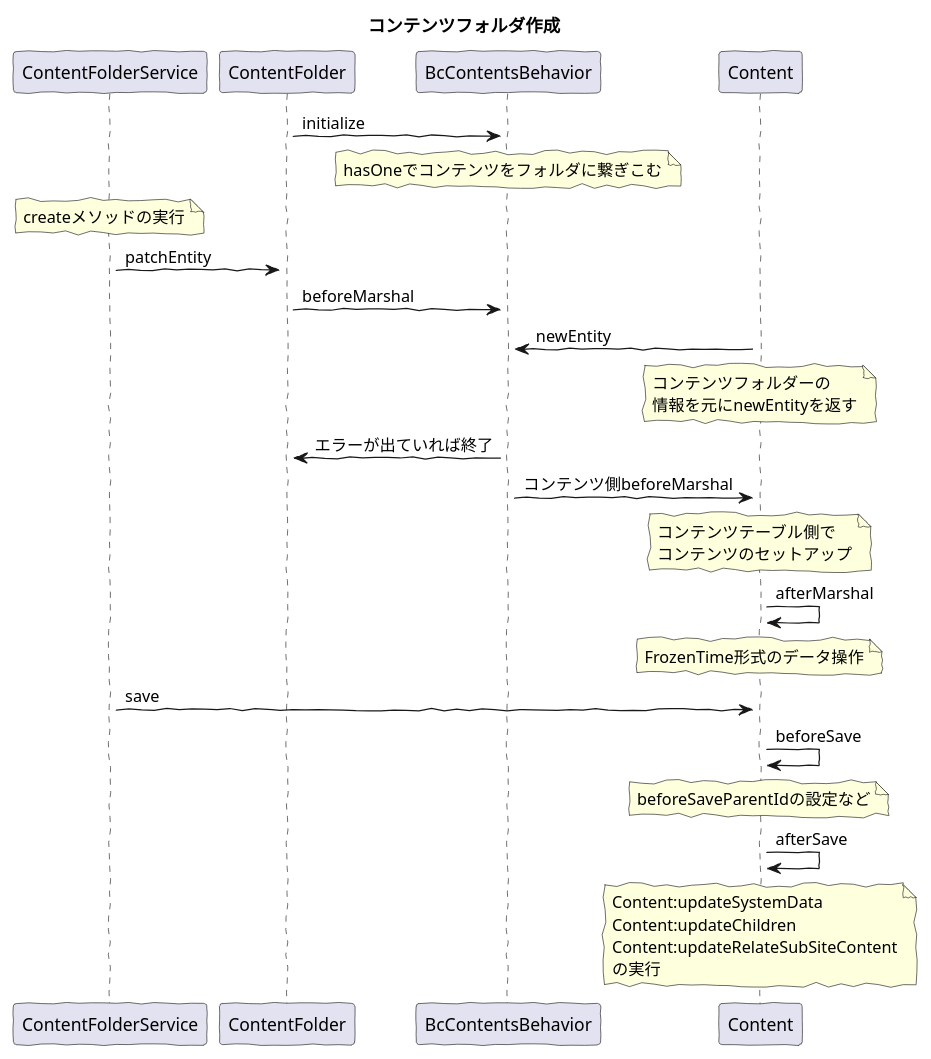
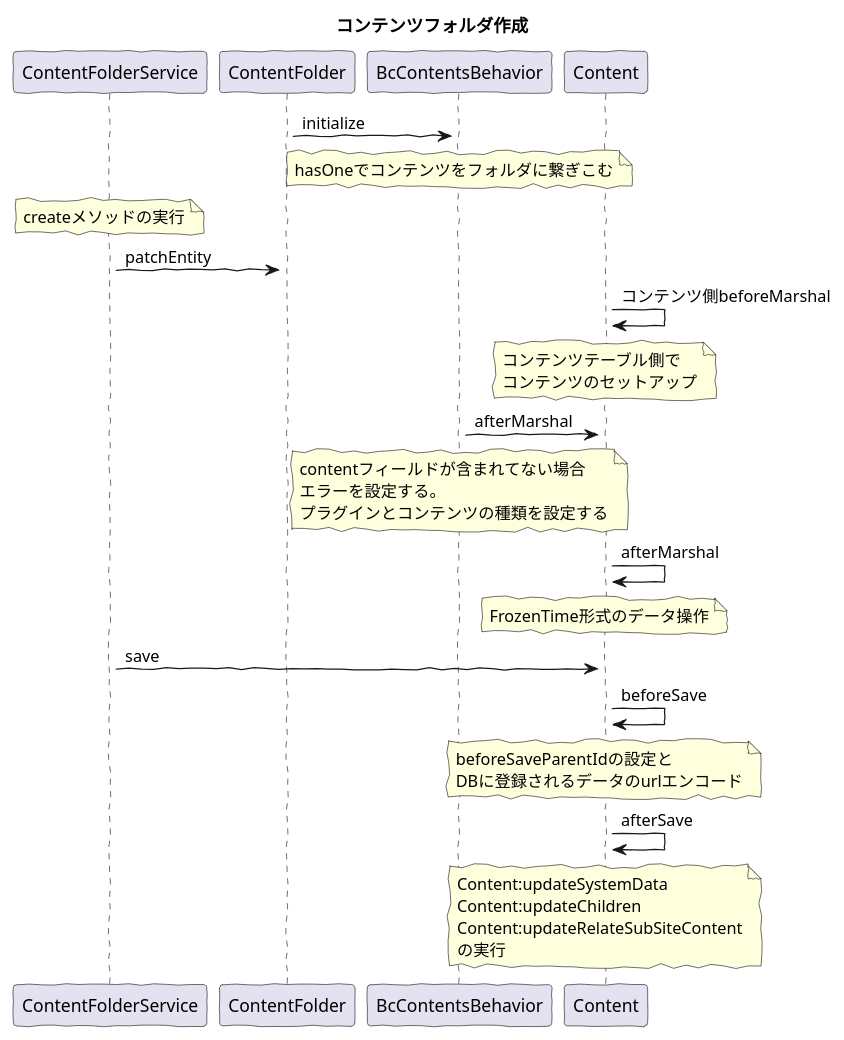
The diagram in src/puml/5/ucmitz/svg/sequence/contents_create.puml (baserproject/baserproject.github.io), drawn with PlantUML before and after one commit. The commit also changed 4 other files, not shown here.

```diff
--- a/src/puml/5/ucmitz/svg/sequence/contents_create.puml
+++ b/src/puml/5/ucmitz/svg/sequence/contents_create.puml
@@ -1,71 +1,63 @@
 @startuml
 skinparam handwritten true
 skinparam backgroundColor white
 
 title コンテンツフォルダ作成
 
 participant "ContentFolderService" as Service
 participant "ContentFolder" as Folder
 participant "BcContentsBehavior" as Behavior
 participant "Content" as Content
 
 activate Service
 activate Folder
 activate Behavior
 activate Content
 
 Folder -> Behavior : initialize
 note over Behavior
 hasOneでコンテンツをフォルダに繋ぎこむ
 endnote
 
 note over Service
 createメソッドの実行
 endnote
 
 Service -> Folder : patchEntity
 
-Folder -> Behavior : beforeMarshal																										
-note over Behavior
-' ・コンテンツの初期化
-' ・コンテンツのバリデーション
-' ・バリデーション結果のマージ
-' ・バリデーション後のコンテンツのマージ
-' ・コンテンツのバリデーションチェック
-' ・エラーが出ていれば終了
-endnote
 
-Behavior <- Content: newEntity
-note over Content
-コンテンツフォルダーの
-情報を元にnewEntityを返す
-endnote
-
-Folder <- Behavior : エラーが出ていれば終了
-
-Behavior -> Content: コンテンツ側beforeMarshal
+Content -> Content: コンテンツ側beforeMarshal
 note over Content
 コンテンツテーブル側で
 コンテンツのセットアップ
 endnote
+
+Behavior -> Content : afterMarshal
+note over Behavior
+contentフィールドが含まれてない場合
+エラーを設定する。
+プラグインとコンテンツの種類を設定する
+endnote
+
 
 Content -> Content : afterMarshal
 note over Content
 FrozenTime形式のデータ操作
 endnote
 
 Service -> Content : save
 
 Content -> Content : beforeSave
 note over Content
-beforeSaveParentIdの設定など
+beforeSaveParentIdの設定と
+DBに登録されるデータのurlエンコード
 endnote
 
 Content -> Content : afterSave
 note over Content
 Content:updateSystemData
 Content:updateChildren
 Content:updateRelateSubSiteContent
 の実行
 endnote
 @enduml
```
